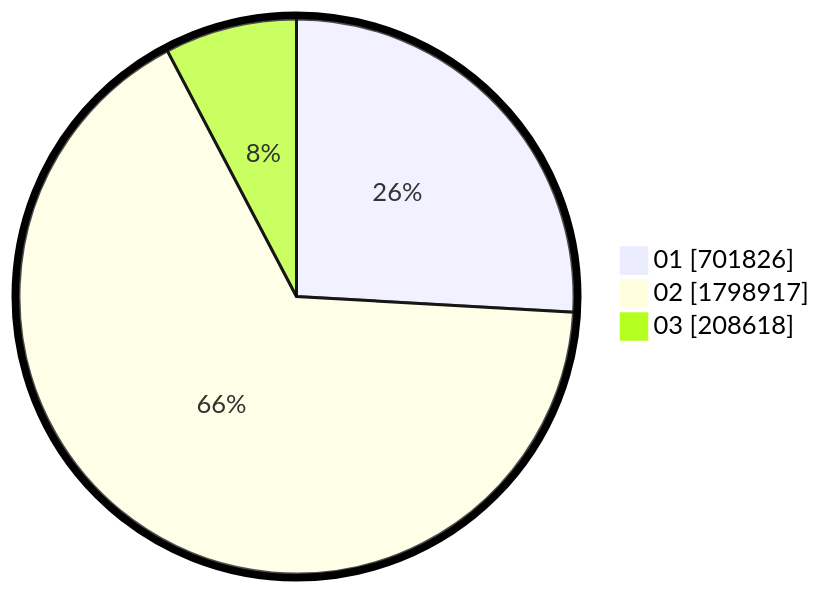
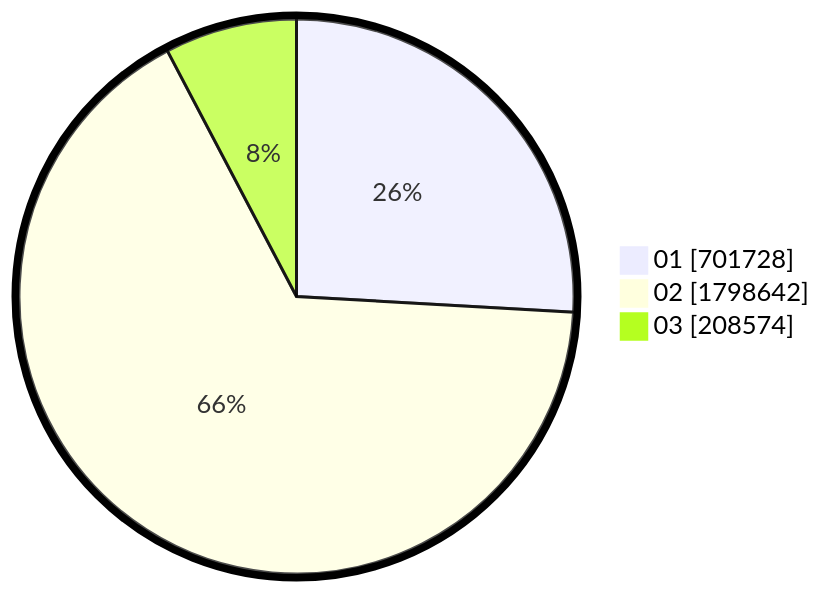
Before and after one commit to gigit-pemilu/pemilu-2024: the second of 2 diagrams in pilpres/hitung-suara/sub/table-wilayah-52.md, drawn with Mermaid. The commit also changed other lines of this file and 10 other files, not shown here.

````diff
--- a/pilpres/hitung-suara/sub/table-wilayah-52.md
+++ b/pilpres/hitung-suara/sub/table-wilayah-52.md
@@ -15,7 +15,7 @@
 ```mermaid
 %%{init: {"pie": {"textPosition": 0.5}, "themeVariables": {"pieOuterStrokeWidth": "5px"}} }%%
 pie showData
-    "01" : 701826
-    "02" : 1798917
-    "03" : 208618
+    "01" : 701728
+    "02" : 1798642
+    "03" : 208574
 ```
````
